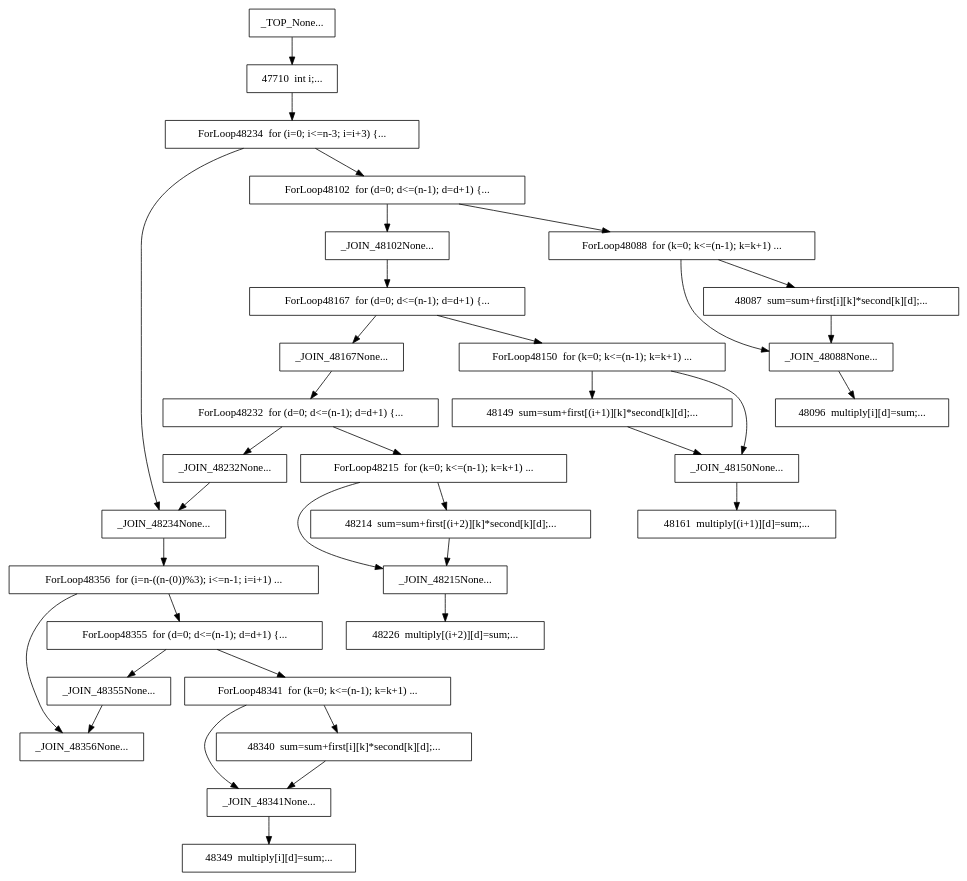
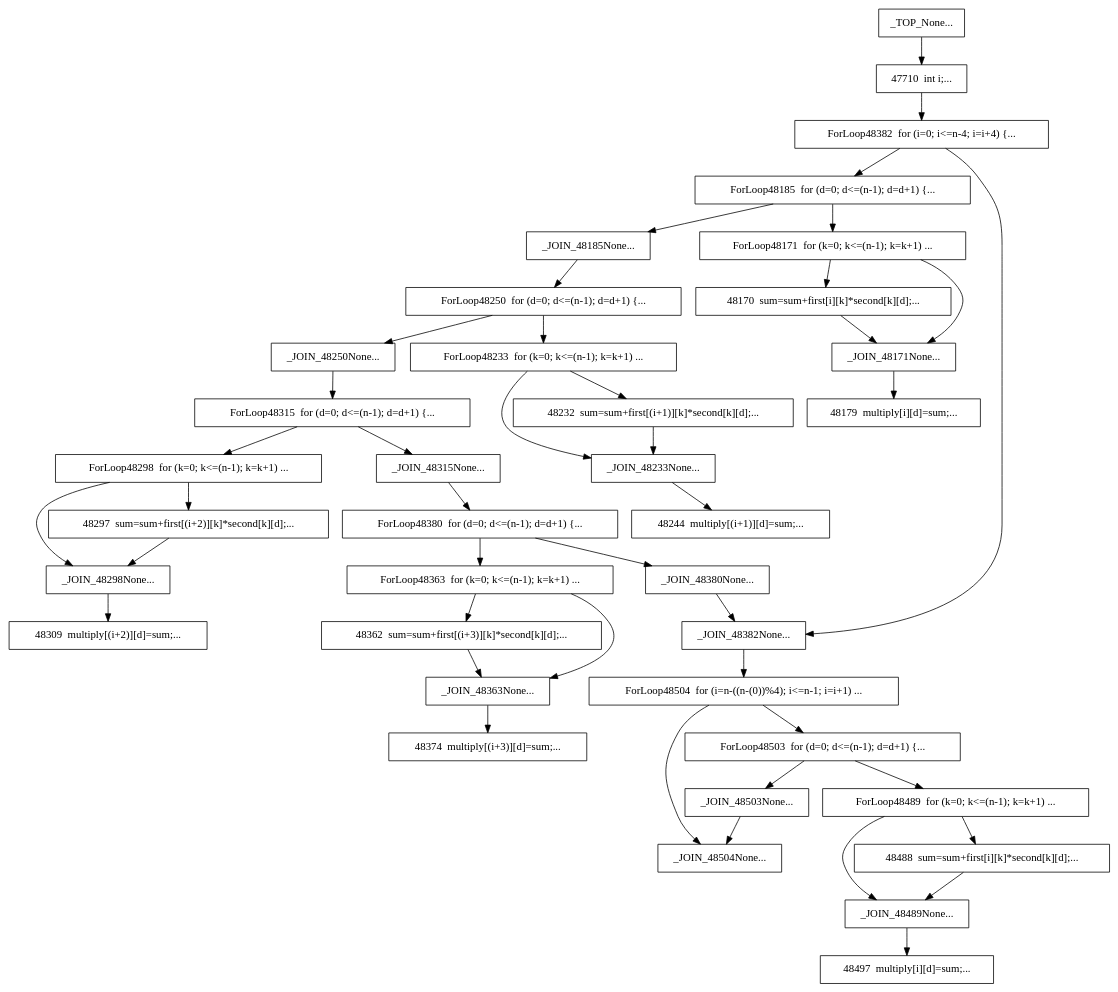
One commit to mahdifani14/AutoTuning changed the diagram in examples/mat3x3/temp.dot. Above: the diagram before and after it, drawn with Graphviz. The commit also changed 5 other files, not shown here.

```diff
--- a/examples/mat3x3/temp.dot
+++ b/examples/mat3x3/temp.dot
@@ -1,68 +1,81 @@
 digraph CFG {
-	_JOIN_48234 [label="_JOIN_48234None...",shape=box];
-	_JOIN_48234 -> ForLoop48356;
-	_JOIN_48232 [label="_JOIN_48232None...",shape=box];
-	_JOIN_48232 -> _JOIN_48234;
-	_JOIN_48102 [label="_JOIN_48102None...",shape=box];
-	_JOIN_48102 -> ForLoop48167;
-	_JOIN_48215 [label="_JOIN_48215None...",shape=box];
-	_JOIN_48215 -> 48226;
+	_JOIN_48315 [label="_JOIN_48315None...",shape=box];
+	_JOIN_48315 -> ForLoop48380;
+	_JOIN_48233 [label="_JOIN_48233None...",shape=box];
+	_JOIN_48233 -> 48244;
+	ForLoop48250 [label="ForLoop48250  for (d=0; d<=(n-1); d=d+1) {...",shape=box];
+	ForLoop48250 -> ForLoop48233;
+	ForLoop48250 -> _JOIN_48250;
 	47710 [label="47710  int i;...",shape=box];
-	47710 -> ForLoop48234;
-	_JOIN_48088 [label="_JOIN_48088None...",shape=box];
-	_JOIN_48088 -> 48096;
-	ForLoop48232 [label="ForLoop48232  for (d=0; d<=(n-1); d=d+1) {...",shape=box];
-	ForLoop48232 -> ForLoop48215;
-	ForLoop48232 -> _JOIN_48232;
-	ForLoop48215 [label="ForLoop48215  for (k=0; k<=(n-1); k=k+1) ...",shape=box];
-	ForLoop48215 -> 48214;
-	ForLoop48215 -> _JOIN_48215;
-	_JOIN_48356 [label="_JOIN_48356None...",shape=box];
-	_JOIN_48167 [label="_JOIN_48167None...",shape=box];
-	_JOIN_48167 -> ForLoop48232;
-	ForLoop48234 [label="ForLoop48234  for (i=0; i<=n-3; i=i+3) {...",shape=box];
-	ForLoop48234 -> ForLoop48102;
-	ForLoop48234 -> _JOIN_48234;
+	47710 -> ForLoop48382;
+	48374 [label="48374  multiply[(i+3)][d]=sum;...",shape=box];
+	_JOIN_48250 [label="_JOIN_48250None...",shape=box];
+	_JOIN_48250 -> ForLoop48315;
+	ForLoop48233 [label="ForLoop48233  for (k=0; k<=(n-1); k=k+1) ...",shape=box];
+	ForLoop48233 -> 48232;
+	ForLoop48233 -> _JOIN_48233;
+	48170 [label="48170  sum=sum+first[i][k]*second[k][d];...",shape=box];
+	48170 -> _JOIN_48171;
+	ForLoop48171 [label="ForLoop48171  for (k=0; k<=(n-1); k=k+1) ...",shape=box];
+	ForLoop48171 -> 48170;
+	ForLoop48171 -> _JOIN_48171;
+	48297 [label="48297  sum=sum+first[(i+2)][k]*second[k][d];...",shape=box];
+	48297 -> _JOIN_48298;
+	48179 [label="48179  multiply[i][d]=sum;...",shape=box];
 	_TOP_ [label="_TOP_None...",shape=box];
 	_TOP_ -> 47710;
-	ForLoop48355 [label="ForLoop48355  for (d=0; d<=(n-1); d=d+1) {...",shape=box];
-	ForLoop48355 -> ForLoop48341;
-	ForLoop48355 -> _JOIN_48355;
-	ForLoop48150 [label="ForLoop48150  for (k=0; k<=(n-1); k=k+1) ...",shape=box];
-	ForLoop48150 -> 48149;
-	ForLoop48150 -> _JOIN_48150;
-	48087 [label="48087  sum=sum+first[i][k]*second[k][d];...",shape=box];
-	48087 -> _JOIN_48088;
-	_JOIN_48341 [label="_JOIN_48341None...",shape=box];
-	_JOIN_48341 -> 48349;
-	ForLoop48088 [label="ForLoop48088  for (k=0; k<=(n-1); k=k+1) ...",shape=box];
-	ForLoop48088 -> 48087;
-	ForLoop48088 -> _JOIN_48088;
-	48349 [label="48349  multiply[i][d]=sum;...",shape=box];
-	48226 [label="48226  multiply[(i+2)][d]=sum;...",shape=box];
-	48340 [label="48340  sum=sum+first[i][k]*second[k][d];...",shape=box];
-	48340 -> _JOIN_48341;
-	ForLoop48356 [label="ForLoop48356  for (i=n-((n-(0))%3); i<=n-1; i=i+1) ...",shape=box];
-	ForLoop48356 -> ForLoop48355;
-	ForLoop48356 -> _JOIN_48356;
-	48149 [label="48149  sum=sum+first[(i+1)][k]*second[k][d];...",shape=box];
-	48149 -> _JOIN_48150;
-	48161 [label="48161  multiply[(i+1)][d]=sum;...",shape=box];
-	ForLoop48167 [label="ForLoop48167  for (d=0; d<=(n-1); d=d+1) {...",shape=box];
-	ForLoop48167 -> ForLoop48150;
-	ForLoop48167 -> _JOIN_48167;
-	_JOIN_48150 [label="_JOIN_48150None...",shape=box];
-	_JOIN_48150 -> 48161;
-	_JOIN_48355 [label="_JOIN_48355None...",shape=box];
-	_JOIN_48355 -> _JOIN_48356;
-	ForLoop48341 [label="ForLoop48341  for (k=0; k<=(n-1); k=k+1) ...",shape=box];
-	ForLoop48341 -> 48340;
-	ForLoop48341 -> _JOIN_48341;
-	ForLoop48102 [label="ForLoop48102  for (d=0; d<=(n-1); d=d+1) {...",shape=box];
-	ForLoop48102 -> ForLoop48088;
-	ForLoop48102 -> _JOIN_48102;
-	48214 [label="48214  sum=sum+first[(i+2)][k]*second[k][d];...",shape=box];
-	48214 -> _JOIN_48215;
-	48096 [label="48096  multiply[i][d]=sum;...",shape=box];
+	ForLoop48298 [label="ForLoop48298  for (k=0; k<=(n-1); k=k+1) ...",shape=box];
+	ForLoop48298 -> 48297;
+	ForLoop48298 -> _JOIN_48298;
+	ForLoop48315 [label="ForLoop48315  for (d=0; d<=(n-1); d=d+1) {...",shape=box];
+	ForLoop48315 -> ForLoop48298;
+	ForLoop48315 -> _JOIN_48315;
+	_JOIN_48298 [label="_JOIN_48298None...",shape=box];
+	_JOIN_48298 -> 48309;
+	48488 [label="48488  sum=sum+first[i][k]*second[k][d];...",shape=box];
+	48488 -> _JOIN_48489;
+	48362 [label="48362  sum=sum+first[(i+3)][k]*second[k][d];...",shape=box];
+	48362 -> _JOIN_48363;
+	48244 [label="48244  multiply[(i+1)][d]=sum;...",shape=box];
+	ForLoop48382 [label="ForLoop48382  for (i=0; i<=n-4; i=i+4) {...",shape=box];
+	ForLoop48382 -> ForLoop48185;
+	ForLoop48382 -> _JOIN_48382;
+	ForLoop48380 [label="ForLoop48380  for (d=0; d<=(n-1); d=d+1) {...",shape=box];
+	ForLoop48380 -> ForLoop48363;
+	ForLoop48380 -> _JOIN_48380;
+	_JOIN_48489 [label="_JOIN_48489None...",shape=box];
+	_JOIN_48489 -> 48497;
+	48232 [label="48232  sum=sum+first[(i+1)][k]*second[k][d];...",shape=box];
+	48232 -> _JOIN_48233;
+	ForLoop48503 [label="ForLoop48503  for (d=0; d<=(n-1); d=d+1) {...",shape=box];
+	ForLoop48503 -> ForLoop48489;
+	ForLoop48503 -> _JOIN_48503;
+	ForLoop48504 [label="ForLoop48504  for (i=n-((n-(0))%4); i<=n-1; i=i+1) ...",shape=box];
+	ForLoop48504 -> ForLoop48503;
+	ForLoop48504 -> _JOIN_48504;
+	ForLoop48489 [label="ForLoop48489  for (k=0; k<=(n-1); k=k+1) ...",shape=box];
+	ForLoop48489 -> 48488;
+	ForLoop48489 -> _JOIN_48489;
+	ForLoop48185 [label="ForLoop48185  for (d=0; d<=(n-1); d=d+1) {...",shape=box];
+	ForLoop48185 -> ForLoop48171;
+	ForLoop48185 -> _JOIN_48185;
+	_JOIN_48363 [label="_JOIN_48363None...",shape=box];
+	_JOIN_48363 -> 48374;
+	_JOIN_48504 [label="_JOIN_48504None...",shape=box];
+	_JOIN_48171 [label="_JOIN_48171None...",shape=box];
+	_JOIN_48171 -> 48179;
+	_JOIN_48380 [label="_JOIN_48380None...",shape=box];
+	_JOIN_48380 -> _JOIN_48382;
+	48497 [label="48497  multiply[i][d]=sum;...",shape=box];
+	48309 [label="48309  multiply[(i+2)][d]=sum;...",shape=box];
+	ForLoop48363 [label="ForLoop48363  for (k=0; k<=(n-1); k=k+1) ...",shape=box];
+	ForLoop48363 -> 48362;
+	ForLoop48363 -> _JOIN_48363;
+	_JOIN_48503 [label="_JOIN_48503None...",shape=box];
+	_JOIN_48503 -> _JOIN_48504;
+	_JOIN_48382 [label="_JOIN_48382None...",shape=box];
+	_JOIN_48382 -> ForLoop48504;
+	_JOIN_48185 [label="_JOIN_48185None...",shape=box];
+	_JOIN_48185 -> ForLoop48250;
 
 }
```
